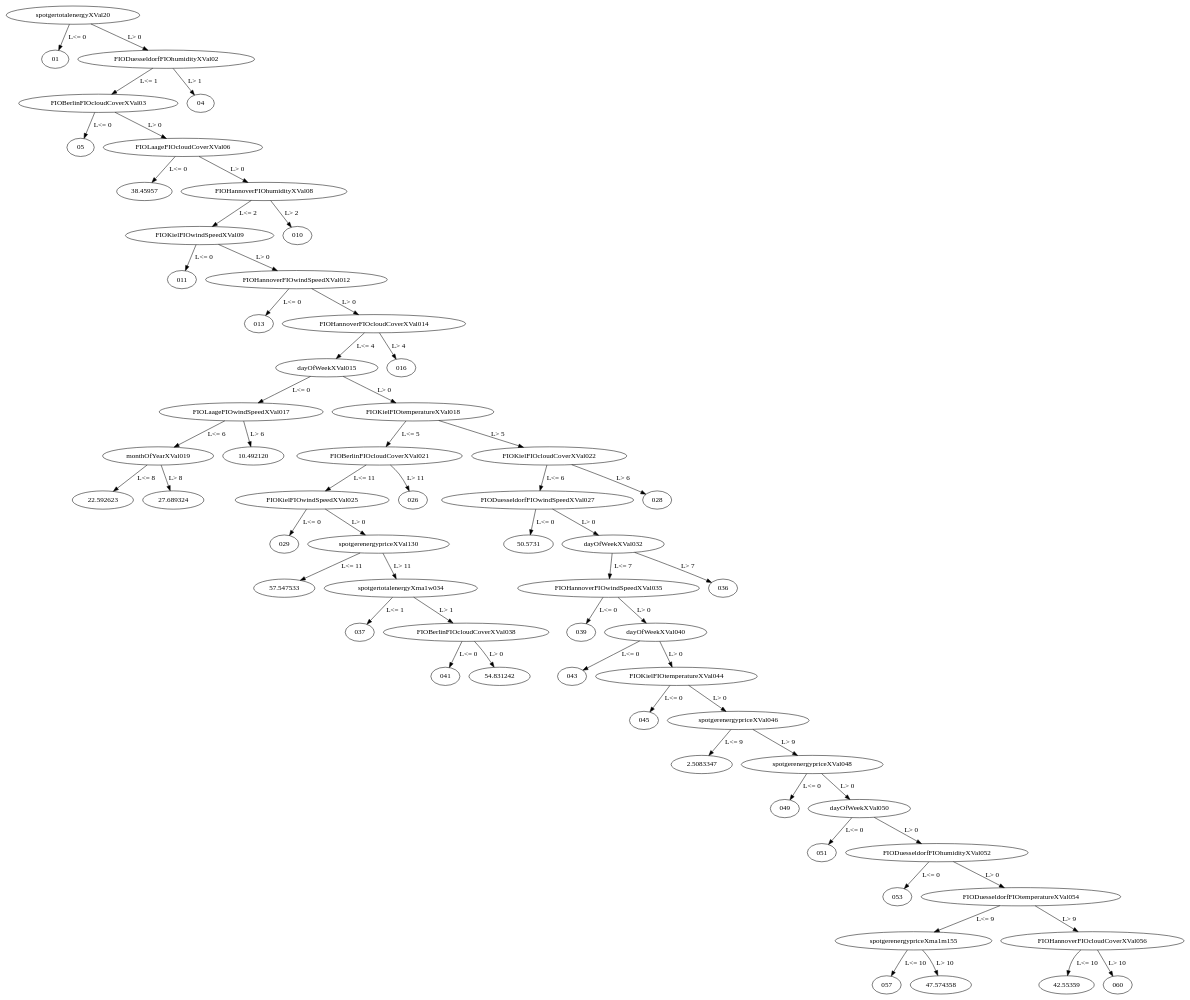
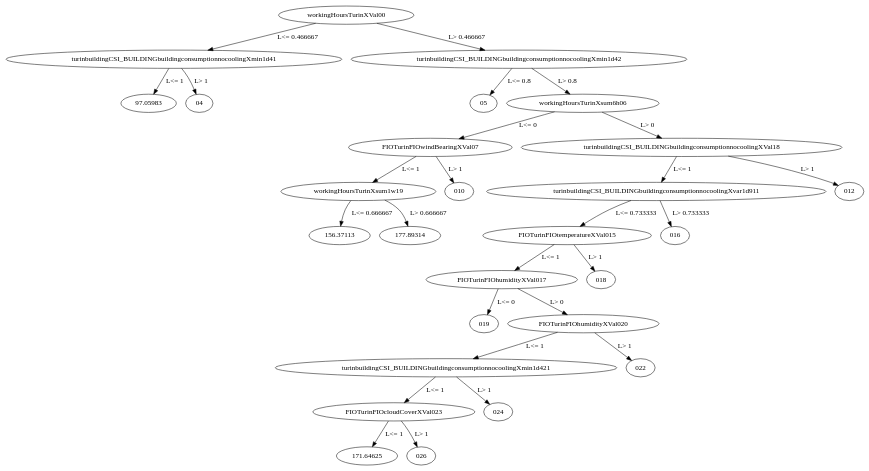
One commit to klemenkenda/nrg4mine changed the diagram in sandbox/ht-9.gv. Above: the diagram before and after it, drawn with Graphviz. The commit also changed 33 other files, not shown here.

```diff
--- a/sandbox/ht-9.gv
+++ b/sandbox/ht-9.gv
@@ -1,62 +1,28 @@
 digraph dt_fig {
-	spotgertotalenergyXVal20 -> "01" [label="L<= 0"];
-	spotgertotalenergyXVal20 -> FIODuesseldorfFIOhumidityXVal02 [label="L> 0"];
-	FIODuesseldorfFIOhumidityXVal02 -> FIOBerlinFIOcloudCoverXVal03 [label="L<= 1"];
-	FIODuesseldorfFIOhumidityXVal02 -> "04" [label="L> 1"];
-	FIOBerlinFIOcloudCoverXVal03 -> "05" [label="L<= 0"];
-	FIOBerlinFIOcloudCoverXVal03 -> FIOLaageFIOcloudCoverXVal06 [label="L> 0"];
-	FIOLaageFIOcloudCoverXVal06 -> "38.45957" [label="L<= 0"];
-	FIOLaageFIOcloudCoverXVal06 -> FIOHannoverFIOhumidityXVal08 [label="L> 0"];
-	FIOHannoverFIOhumidityXVal08 -> FIOKielFIOwindSpeedXVal09 [label="L<= 2"];
-	FIOHannoverFIOhumidityXVal08 -> "010" [label="L> 2"];
-	FIOKielFIOwindSpeedXVal09 -> "011" [label="L<= 0"];
-	FIOKielFIOwindSpeedXVal09 -> FIOHannoverFIOwindSpeedXVal012 [label="L> 0"];
-	FIOHannoverFIOwindSpeedXVal012 -> "013" [label="L<= 0"];
-	FIOHannoverFIOwindSpeedXVal012 -> FIOHannoverFIOcloudCoverXVal014 [label="L> 0"];
-	FIOHannoverFIOcloudCoverXVal014 -> dayOfWeekXVal015 [label="L<= 4"];
-	FIOHannoverFIOcloudCoverXVal014 -> "016" [label="L> 4"];
-	dayOfWeekXVal015 -> FIOLaageFIOwindSpeedXVal017 [label="L<= 0"];
-	dayOfWeekXVal015 -> FIOKielFIOtemperatureXVal018 [label="L> 0"];
-	FIOLaageFIOwindSpeedXVal017 -> monthOfYearXVal019 [label="L<= 6"];
-	FIOLaageFIOwindSpeedXVal017 -> "10.492120" [label="L> 6"];
-	FIOKielFIOtemperatureXVal018 -> FIOBerlinFIOcloudCoverXVal021 [label="L<= 5"];
-	FIOKielFIOtemperatureXVal018 -> FIOKielFIOcloudCoverXVal022 [label="L> 5"];
-	monthOfYearXVal019 -> "22.592623" [label="L<= 8"];
-	monthOfYearXVal019 -> "27.689324" [label="L> 8"];
-	FIOBerlinFIOcloudCoverXVal021 -> FIOKielFIOwindSpeedXVal025 [label="L<= 11"];
-	FIOBerlinFIOcloudCoverXVal021 -> "026" [label="L> 11"];
-	FIOKielFIOcloudCoverXVal022 -> FIODuesseldorfFIOwindSpeedXVal027 [label="L<= 6"];
-	FIOKielFIOcloudCoverXVal022 -> "028" [label="L> 6"];
-	FIOKielFIOwindSpeedXVal025 -> "029" [label="L<= 0"];
-	FIOKielFIOwindSpeedXVal025 -> spotgerenergypriceXVal130 [label="L> 0"];
-	FIODuesseldorfFIOwindSpeedXVal027 -> "50.5731" [label="L<= 0"];
-	FIODuesseldorfFIOwindSpeedXVal027 -> dayOfWeekXVal032 [label="L> 0"];
-	spotgerenergypriceXVal130 -> "57.547533" [label="L<= 11"];
-	spotgerenergypriceXVal130 -> spotgertotalenergyXma1w034 [label="L> 11"];
-	dayOfWeekXVal032 -> FIOHannoverFIOwindSpeedXVal035 [label="L<= 7"];
-	dayOfWeekXVal032 -> "036" [label="L> 7"];
-	spotgertotalenergyXma1w034 -> "037" [label="L<= 1"];
-	spotgertotalenergyXma1w034 -> FIOBerlinFIOcloudCoverXVal038 [label="L> 1"];
-	FIOHannoverFIOwindSpeedXVal035 -> "039" [label="L<= 0"];
-	FIOHannoverFIOwindSpeedXVal035 -> dayOfWeekXVal040 [label="L> 0"];
-	FIOBerlinFIOcloudCoverXVal038 -> "041" [label="L<= 0"];
-	FIOBerlinFIOcloudCoverXVal038 -> "54.831242" [label="L> 0"];
-	dayOfWeekXVal040 -> "043" [label="L<= 0"];
-	dayOfWeekXVal040 -> FIOKielFIOtemperatureXVal044 [label="L> 0"];
-	FIOKielFIOtemperatureXVal044 -> "045" [label="L<= 0"];
-	FIOKielFIOtemperatureXVal044 -> spotgerenergypriceXVal046 [label="L> 0"];
-	spotgerenergypriceXVal046 -> "2.5083347" [label="L<= 9"];
-	spotgerenergypriceXVal046 -> spotgerenergypriceXVal048 [label="L> 9"];
-	spotgerenergypriceXVal048 -> "049" [label="L<= 0"];
-	spotgerenergypriceXVal048 -> dayOfWeekXVal050 [label="L> 0"];
-	dayOfWeekXVal050 -> "051" [label="L<= 0"];
-	dayOfWeekXVal050 -> FIODuesseldorfFIOhumidityXVal052 [label="L> 0"];
-	FIODuesseldorfFIOhumidityXVal052 -> "053" [label="L<= 0"];
-	FIODuesseldorfFIOhumidityXVal052 -> FIODuesseldorfFIOtemperatureXVal054 [label="L> 0"];
-	FIODuesseldorfFIOtemperatureXVal054 -> spotgerenergypriceXma1m155 [label="L<= 9"];
-	FIODuesseldorfFIOtemperatureXVal054 -> FIOHannoverFIOcloudCoverXVal056 [label="L> 9"];
-	spotgerenergypriceXma1m155 -> "057" [label="L<= 10"];
-	spotgerenergypriceXma1m155 -> "47.574358" [label="L> 10"];
-	FIOHannoverFIOcloudCoverXVal056 -> "42.55359" [label="L<= 10"];
-	FIOHannoverFIOcloudCoverXVal056 -> "060" [label="L> 10"];
+	workingHoursTurinXVal00 -> turinbuildingCSI_BUILDINGbuildingconsumptionnocoolingXmin1d41 [label="L<= 0.466667"];
+	workingHoursTurinXVal00 -> turinbuildingCSI_BUILDINGbuildingconsumptionnocoolingXmin1d42 [label="L> 0.466667"];
+	turinbuildingCSI_BUILDINGbuildingconsumptionnocoolingXmin1d41 -> "97.05983" [label="L<= 1"];
+	turinbuildingCSI_BUILDINGbuildingconsumptionnocoolingXmin1d41 -> "04" [label="L> 1"];
+	turinbuildingCSI_BUILDINGbuildingconsumptionnocoolingXmin1d42 -> "05" [label="L<= 0.8"];
+	turinbuildingCSI_BUILDINGbuildingconsumptionnocoolingXmin1d42 -> workingHoursTurinXsum6h06 [label="L> 0.8"];
+	workingHoursTurinXsum6h06 -> FIOTurinFIOwindBearingXVal07 [label="L<= 0"];
+	workingHoursTurinXsum6h06 -> turinbuildingCSI_BUILDINGbuildingconsumptionnocoolingXVal18 [label="L> 0"];
+	FIOTurinFIOwindBearingXVal07 -> workingHoursTurinXsum1w19 [label="L<= 1"];
+	FIOTurinFIOwindBearingXVal07 -> "010" [label="L> 1"];
+	turinbuildingCSI_BUILDINGbuildingconsumptionnocoolingXVal18 -> turinbuildingCSI_BUILDINGbuildingconsumptionnocoolingXvar1d911 [label="L<= 1"];
+	turinbuildingCSI_BUILDINGbuildingconsumptionnocoolingXVal18 -> "012" [label="L> 1"];
+	workingHoursTurinXsum1w19 -> "156.37113" [label="L<= 0.666667"];
+	workingHoursTurinXsum1w19 -> "177.89314" [label="L> 0.666667"];
+	turinbuildingCSI_BUILDINGbuildingconsumptionnocoolingXvar1d911 -> FIOTurinFIOtemperatureXVal015 [label="L<= 0.733333"];
+	turinbuildingCSI_BUILDINGbuildingconsumptionnocoolingXvar1d911 -> "016" [label="L> 0.733333"];
+	FIOTurinFIOtemperatureXVal015 -> FIOTurinFIOhumidityXVal017 [label="L<= 1"];
+	FIOTurinFIOtemperatureXVal015 -> "018" [label="L> 1"];
+	FIOTurinFIOhumidityXVal017 -> "019" [label="L<= 0"];
+	FIOTurinFIOhumidityXVal017 -> FIOTurinFIOhumidityXVal020 [label="L> 0"];
+	FIOTurinFIOhumidityXVal020 -> turinbuildingCSI_BUILDINGbuildingconsumptionnocoolingXmin1d421 [label="L<= 1"];
+	FIOTurinFIOhumidityXVal020 -> "022" [label="L> 1"];
+	turinbuildingCSI_BUILDINGbuildingconsumptionnocoolingXmin1d421 -> FIOTurinFIOcloudCoverXVal023 [label="L<= 1"];
+	turinbuildingCSI_BUILDINGbuildingconsumptionnocoolingXmin1d421 -> "024" [label="L> 1"];
+	FIOTurinFIOcloudCoverXVal023 -> "171.64625" [label="L<= 1"];
+	FIOTurinFIOcloudCoverXVal023 -> "026" [label="L> 1"];
 }
```
